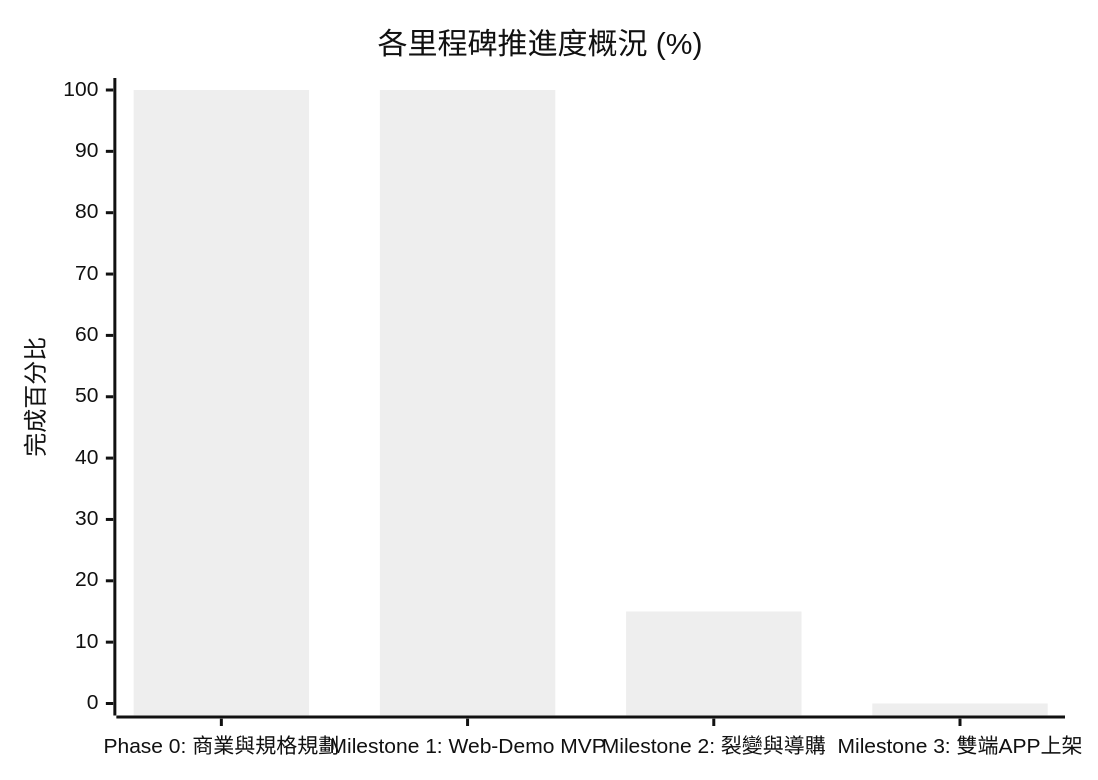
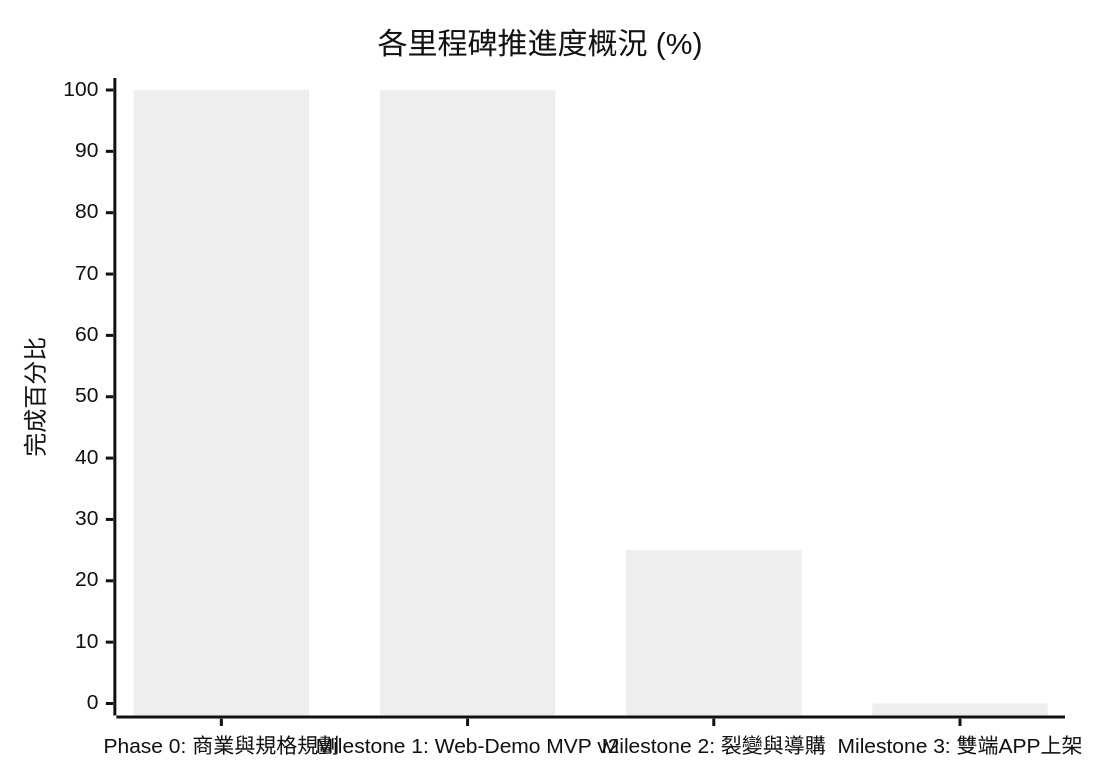
The diagram in llm-wiki/PROJECT_STATE.md (yuchienw/Fitmon), drawn with Mermaid (neutral theme) before and after one commit. The commit also changed other lines of this file and 20 other files, not shown here.

Commit message:
feat(web-demo): implement all 18 playtest V2 feedback items (V2-01 to V2-18)

````diff
--- a/llm-wiki/PROJECT_STATE.md
+++ b/llm-wiki/PROJECT_STATE.md
@@ -96,7 +79,7 @@
 ```mermaid
 xychart-beta
     title "各里程碑推進度概況 (%)"
-    x-axis ["Phase 0: 商業與規格規劃", "Milestone 1: Web-Demo MVP", "Milestone 2: 裂變與導購", "Milestone 3: 雙端APP上架"]
+    x-axis ["Phase 0: 商業與規格規劃", "Milestone 1: Web-Demo MVP v2", "Milestone 2: 裂變與導購", "Milestone 3: 雙端APP上架"]
     y-axis "完成百分比" 0 --> 100
-    bar [100, 100, 15, 0]
+    bar [100, 100, 25, 0]
 ```
````
